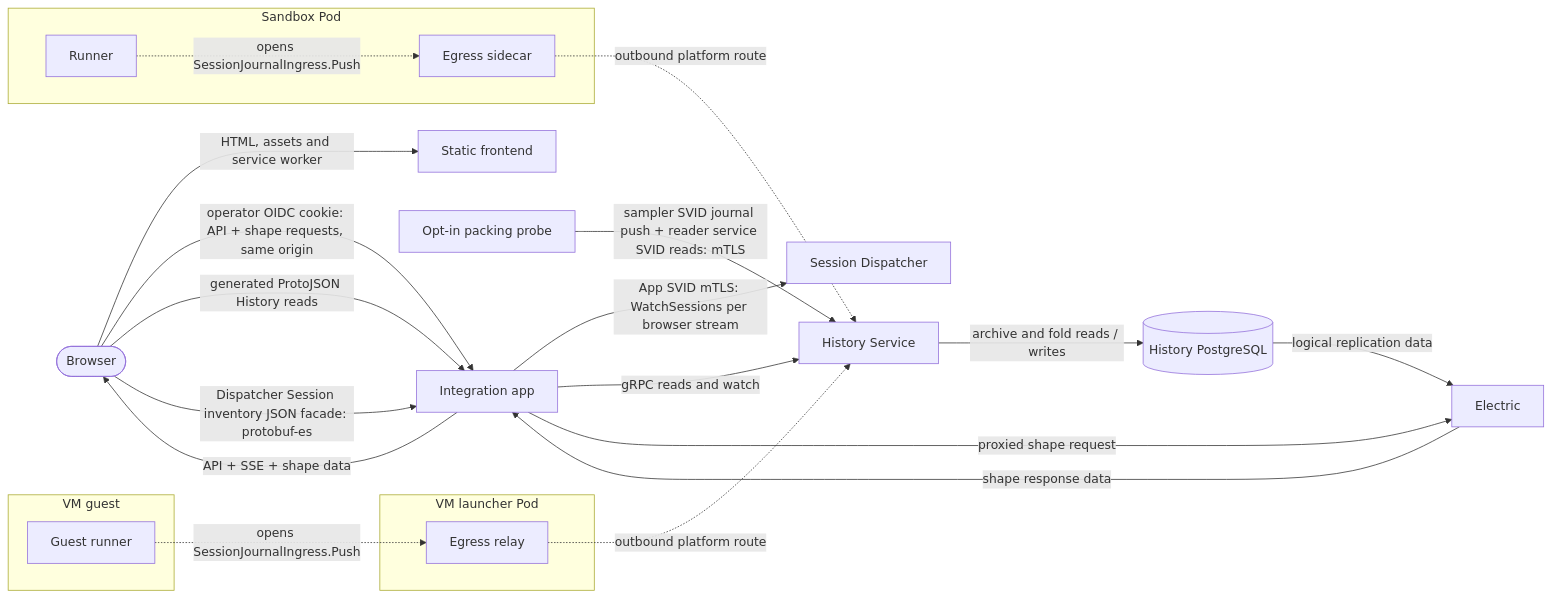
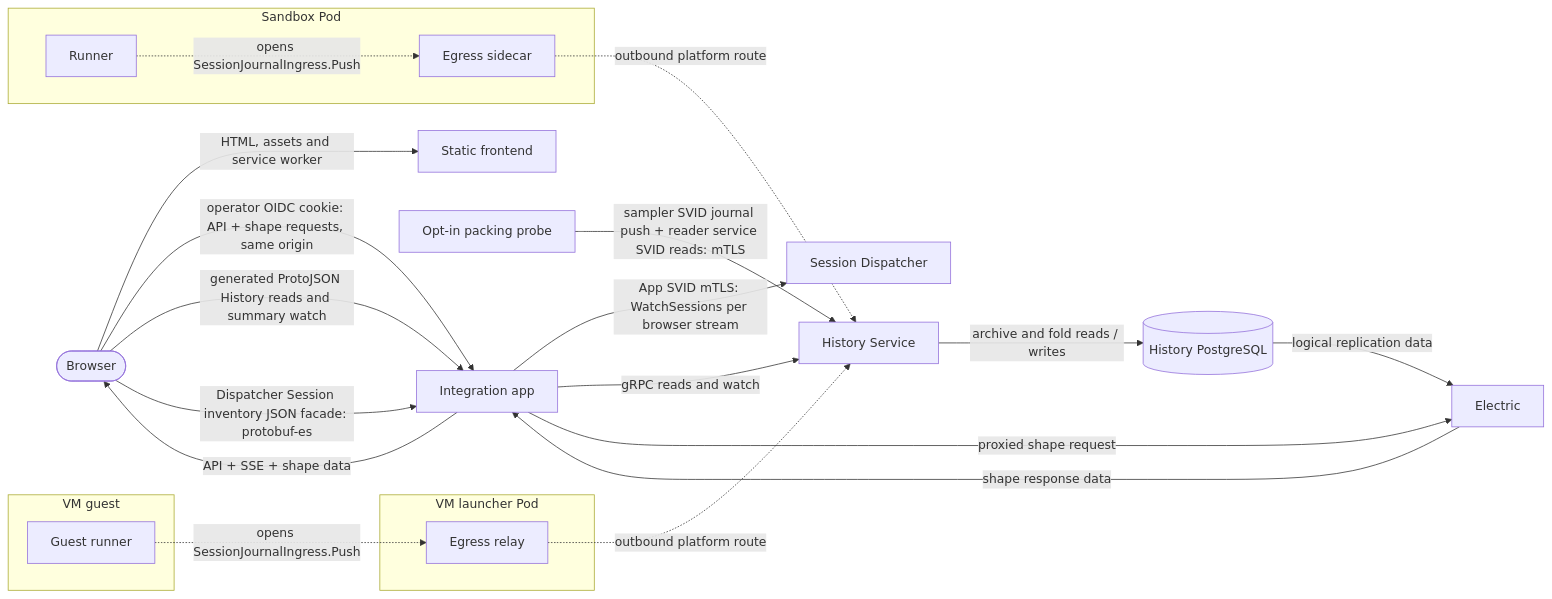
Before and after one commit to agentydragon/ducktape: the tenth of 18 diagrams in agentplane/docs/system_overview.md, drawn with Mermaid. The commit also changed other lines of this file and 22 other files, not shown here.

Commit message:
Serve App thread metadata independently of History membership

````diff
--- a/agentplane/docs/system_overview.md
+++ b/agentplane/docs/system_overview.md
@@ -598,38 +598,38 @@
 ```mermaid
 flowchart LR
     browser([Browser])
     frontend[Static frontend]
     app[Integration app]
     history[History Service]
     dispatcher[Session Dispatcher]
     probe[Opt-in packing probe]
     history_db[(History PostgreSQL)]
     electric[Electric]
     subgraph pod[Sandbox Pod]
         runner[Runner]
         sidecar[Egress sidecar]
     end
     subgraph vm_guest[VM guest]
         guest[Guest runner]
     end
     subgraph vm_pod[VM launcher Pod]
         relay[Egress relay]
     end
 
     browser -->|HTML, assets and service worker| frontend
     browser -->|operator OIDC cookie: API + shape requests, same origin| app
-    browser -->|generated ProtoJSON History reads| app
+    browser -->|generated ProtoJSON History reads and summary watch| app
     browser -->|Dispatcher Session inventory JSON facade: protobuf-es| app
     app -->|App SVID mTLS: WatchSessions per browser stream| dispatcher
     app -->|gRPC reads and watch| history
     app -->|proxied shape request| electric
     electric -->|shape response data| app
     app -->|API + SSE + shape data| browser
     runner -.->|opens SessionJournalIngress.Push| sidecar
     sidecar -.->|outbound platform route| history
     guest -.->|opens SessionJournalIngress.Push| relay
     relay -.->|outbound platform route| history
     probe -->|sampler SVID journal push + reader service SVID reads: mTLS| history
     history -->|archive and fold reads / writes| history_db
     history_db -->|logical replication data| electric
 ```
````
